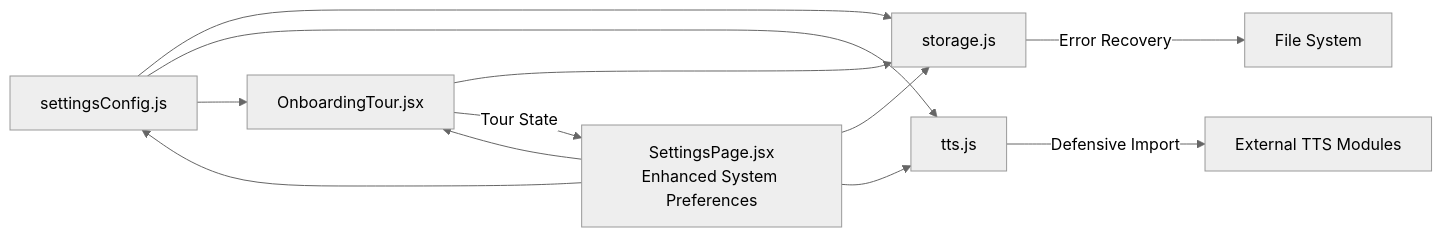
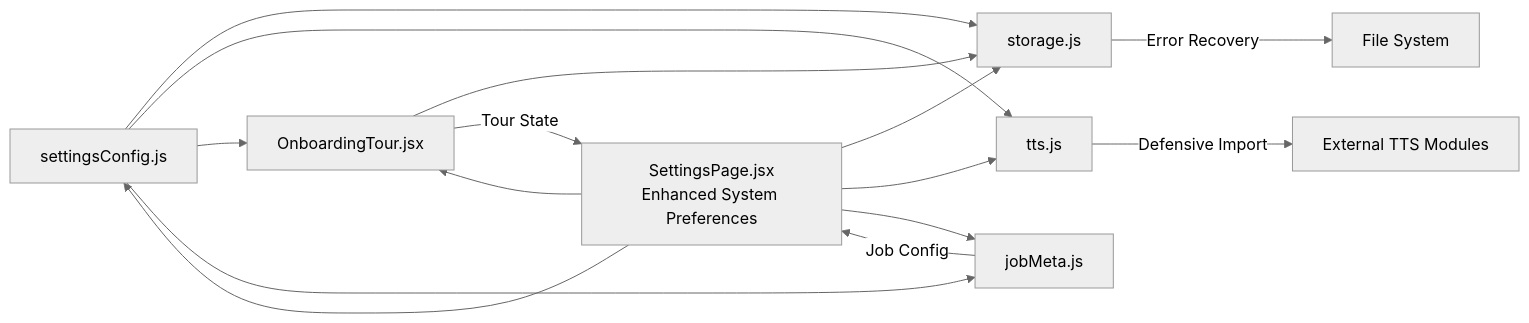
The fourth of 6 diagrams in .qoder/repowiki/en/content/Utility Libraries/Settings Configuration.md (zmyeo54/briefroom), drawn with Mermaid (neutral theme) before and after one commit. The commit also changed other lines of this file and 37 other files, not shown here.

````diff
--- a/.qoder/repowiki/en/content/Utility Libraries/Settings Configuration.md
+++ b/.qoder/repowiki/en/content/Utility Libraries/Settings Configuration.md
@@ -420,14 +525,17 @@
 ```mermaid
 graph LR
 SC["settingsConfig.js"] --> ST["storage.js"]
 SC --> TT["tts.js"]
 SC --> OT["OnboardingTour.jsx"]
+SC --> JM["jobMeta.js"]
 SP["SettingsPage.jsx<br/>Enhanced System Preferences"] --> SC
 SP --> ST
 SP --> OT
 SP --> TT
+SP --> JM
 OT --> ST
 OT --> |Tour State| SP
 TT --> |Defensive Import| Ext["External TTS Modules"]
+JM --> |Job Config| SP
 ST --> |Error Recovery| FS["File System"]
 ```
````
